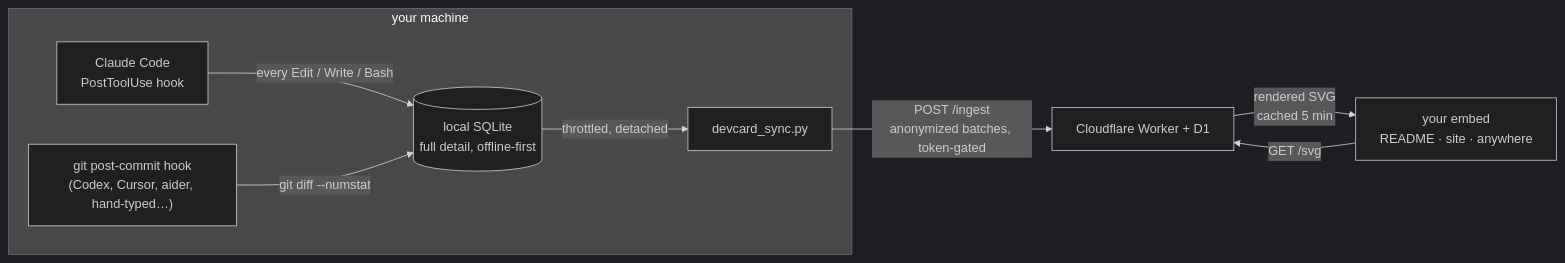
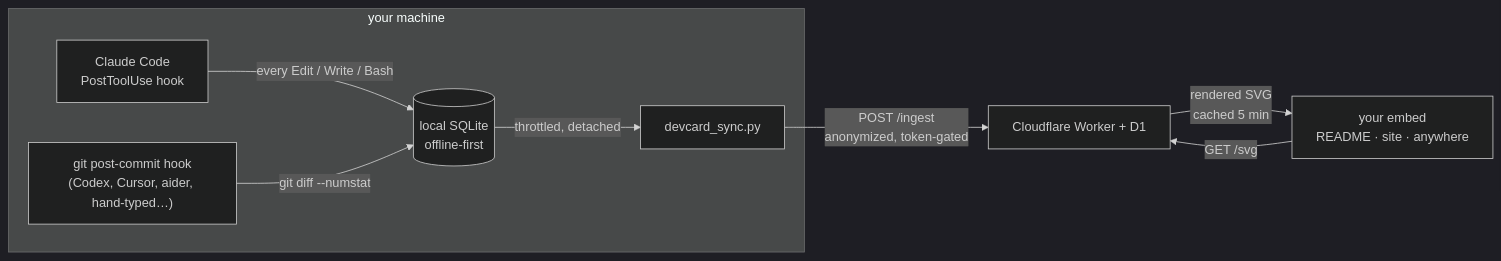
Before and after one commit to augbastos/devcard: the diagram in README.md, drawn with Mermaid (dark theme). The commit also changed other lines of this file and 3 other files, not shown here.

````diff
--- a/README.md
+++ b/README.md
@@ -63,11 +100,11 @@
 ```mermaid
 flowchart LR
     subgraph M["your machine"]
-        CC["Claude Code<br/>PostToolUse hook"] -->|"every Edit / Write / Bash"| DB[("local SQLite<br/>full detail, offline-first")]
+        CC["Claude Code<br/>PostToolUse hook"] -->|"every Edit / Write / Bash"| DB[("local SQLite<br/>offline-first")]
         GT["git post-commit hook<br/>(Codex, Cursor, aider, hand-typed…)"] -->|"git diff --numstat"| DB
         DB -->|"throttled, detached"| SY["devcard_sync.py"]
     end
-    SY -->|"POST /ingest<br/>anonymized batches, token-gated"| W["Cloudflare Worker + D1"]
+    SY -->|"POST /ingest<br/>anonymized, token-gated"| W["Cloudflare Worker + D1"]
     E["your embed<br/>README · site · anywhere"] -->|"GET /svg"| W
     W -->|"rendered SVG<br/>cached 5 min"| E
 ```
````
